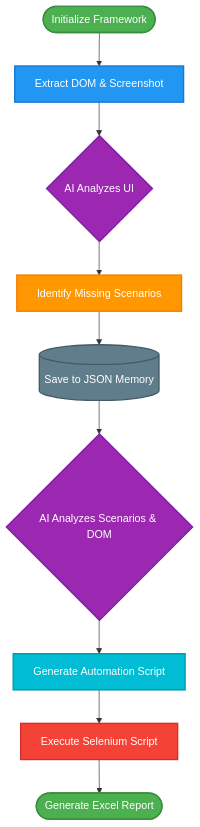
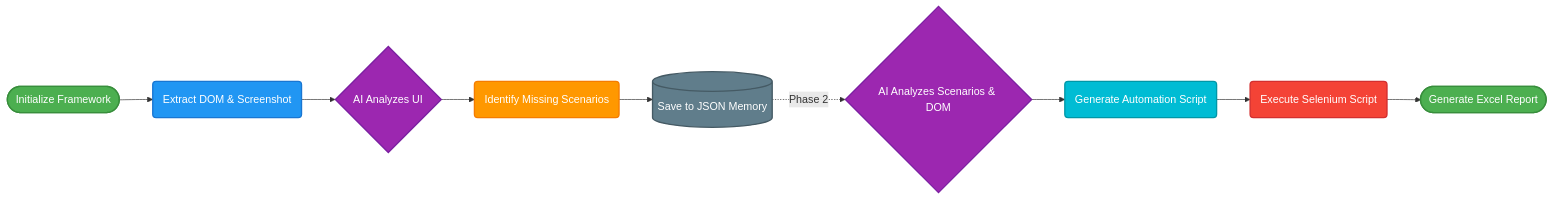
The diagram in README.md (viveksurti-dev/E2e-Automate), drawn with Mermaid before and after one commit.

Commit message:
redme Updated

````diff
--- a/README.md
+++ b/README.md
@@ -53,21 +53,21 @@
 ```mermaid
-flowchart TD
-    A([Initialize Framework]) --> B[Extract DOM & Screenshot]
+flowchart LR
+    A([Initialize Framework]) --> B(Extract DOM & Screenshot)
     B --> C{AI Analyzes UI}
-    C --> D[Identify Missing Scenarios]
+    C --> D(Identify Missing Scenarios)
     D --> E[(Save to JSON Memory)]
-    E --> F{AI Analyzes Scenarios & DOM}
-    F --> G[Generate Automation Script]
-    G --> H[Execute Selenium Script]
+    E -.->|Phase 2| F{AI Analyzes Scenarios & DOM}
+    F --> G(Generate Automation Script)
+    G --> H(Execute Selenium Script)
     H --> I([Generate Excel Report])
     
     style A fill:#4CAF50,stroke:#388E3C,stroke-width:2px,color:#fff
     style B fill:#2196F3,stroke:#1976D2,stroke-width:2px,color:#fff
     style C fill:#9C27B0,stroke:#7B1FA2,stroke-width:2px,color:#fff
     style D fill:#FF9800,stroke:#F57C00,stroke-width:2px,color:#fff
     style E fill:#607D8B,stroke:#455A64,stroke-width:2px,color:#fff
     style F fill:#9C27B0,stroke:#7B1FA2,stroke-width:2px,color:#fff
     style G fill:#00BCD4,stroke:#0097A7,stroke-width:2px,color:#fff
     style H fill:#F44336,stroke:#D32F2F,stroke-width:2px,color:#fff
     style I fill:#4CAF50,stroke:#388E3C,stroke-width:2px,color:#fff
 ```
````
